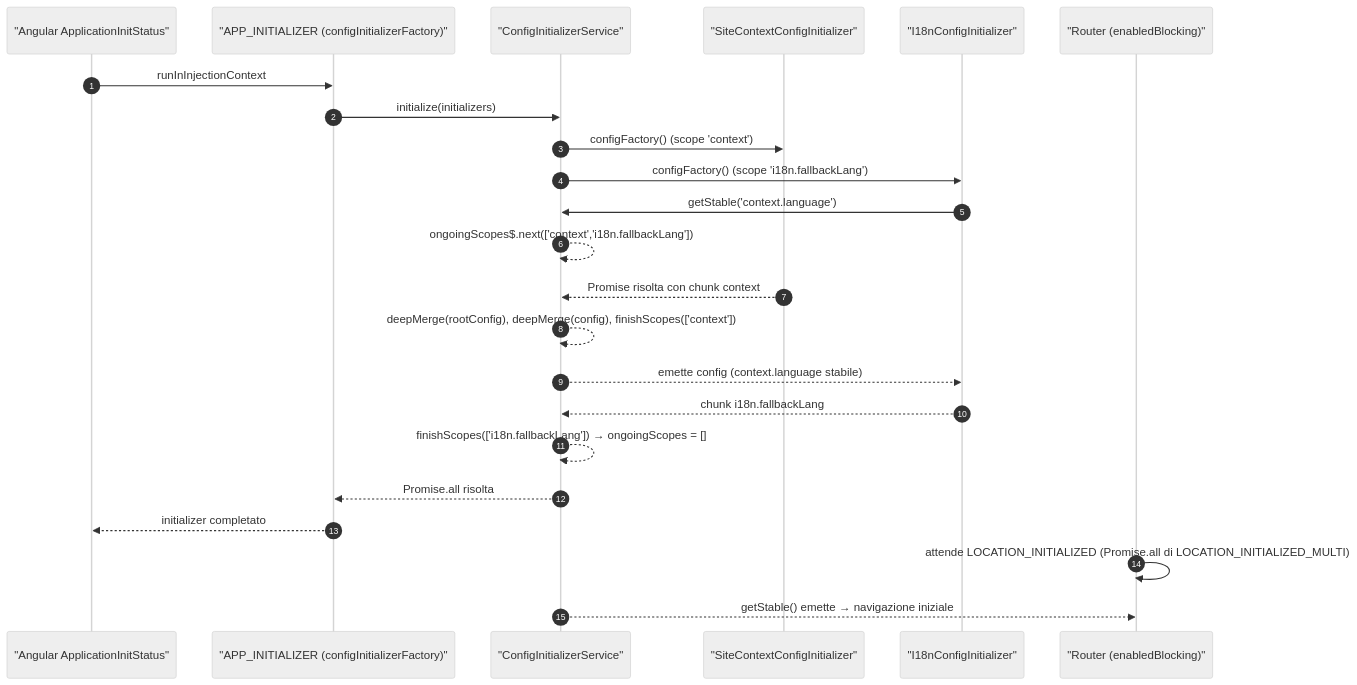
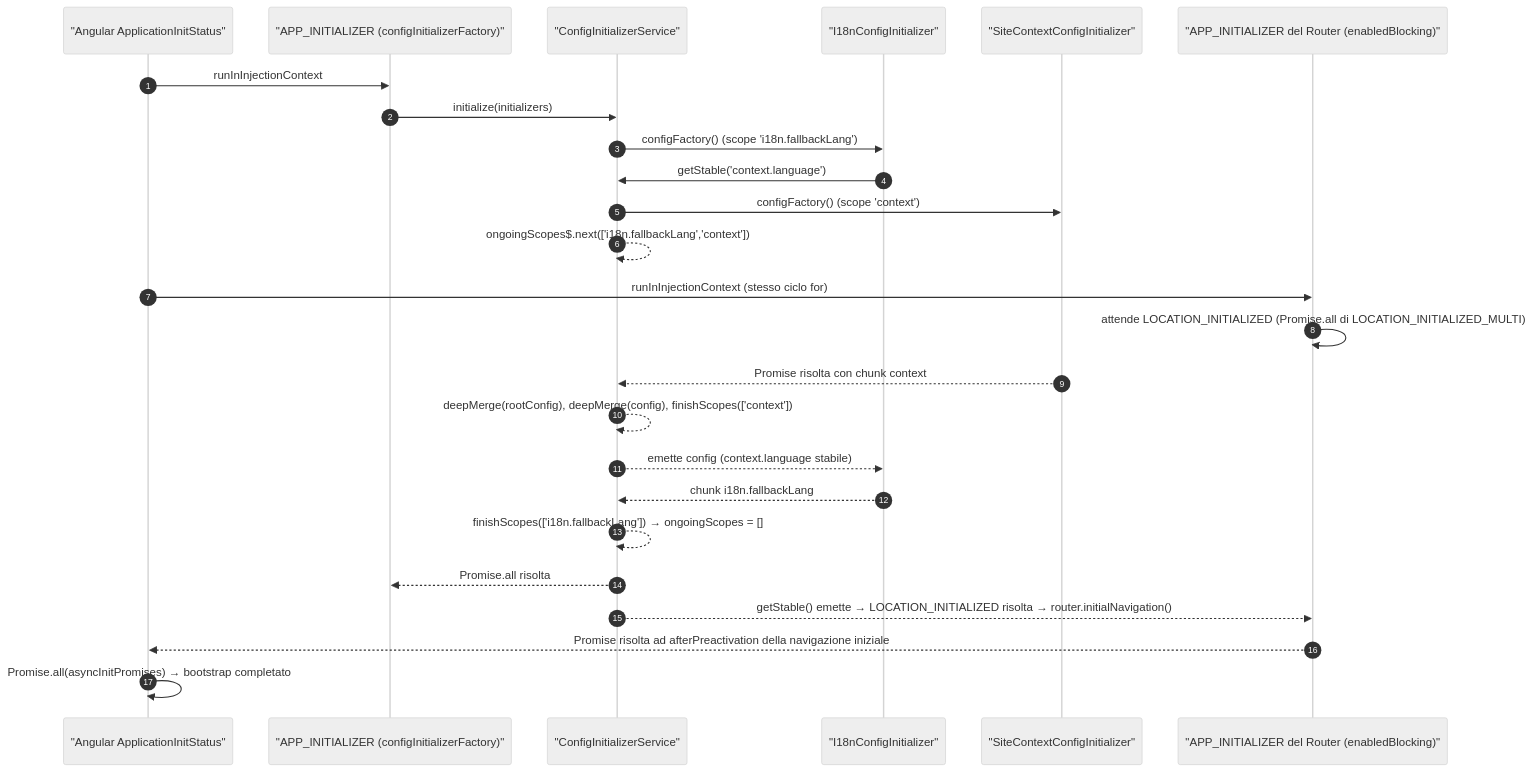
The second of 4 diagrams in docs/spartacus-book/parte-2/11-configurazione.md (mgiuditta/spartacus), drawn with Mermaid (neutral theme) before and after one commit. The commit also changed other lines of this file and 2 other files, not shown here.

````diff
--- a/docs/spartacus-book/parte-2/11-configurazione.md
+++ b/docs/spartacus-book/parte-2/11-configurazione.md
@@ -270,25 +270,27 @@
 ```mermaid
 sequenceDiagram
   autonumber
   participant NG as "Angular ApplicationInitStatus"
   participant AI as "APP_INITIALIZER (configInitializerFactory)"
   participant CIS as "ConfigInitializerService"
+  participant I18 as "I18nConfigInitializer"
   participant SC as "SiteContextConfigInitializer"
-  participant I18 as "I18nConfigInitializer"
-  participant R as "Router (enabledBlocking)"
+  participant R as "APP_INITIALIZER del Router (enabledBlocking)"
   NG->>AI: runInInjectionContext
   AI->>CIS: initialize(initializers)
-  CIS->>SC: configFactory() (scope 'context')
   CIS->>I18: configFactory() (scope 'i18n.fallbackLang')
   I18->>CIS: getStable('context.language')
-  CIS-->>CIS: ongoingScopes$.next(['context','i18n.fallbackLang'])
+  CIS->>SC: configFactory() (scope 'context')
+  CIS-->>CIS: ongoingScopes$.next(['i18n.fallbackLang','context'])
+  NG->>R: runInInjectionContext (stesso ciclo for)
+  R->>R: attende LOCATION_INITIALIZED (Promise.all di LOCATION_INITIALIZED_MULTI)
   SC-->>CIS: Promise risolta con chunk context
   CIS-->>CIS: deepMerge(rootConfig), deepMerge(config), finishScopes(['context'])
   CIS-->>I18: emette config (context.language stabile)
   I18-->>CIS: chunk i18n.fallbackLang
   CIS-->>CIS: finishScopes(['i18n.fallbackLang']) → ongoingScopes = []
   CIS-->>AI: Promise.all risolta
-  AI-->>NG: initializer completato
-  R->>R: attende LOCATION_INITIALIZED (Promise.all di LOCATION_INITIALIZED_MULTI)
-  CIS-->>R: getStable() emette → navigazione iniziale
+  CIS-->>R: getStable() emette → LOCATION_INITIALIZED risolta → router.initialNavigation()
+  R-->>NG: Promise risolta ad afterPreactivation della navigazione iniziale
+  NG->>NG: Promise.all(asyncInitPromises) → bootstrap completato
 ```
````
